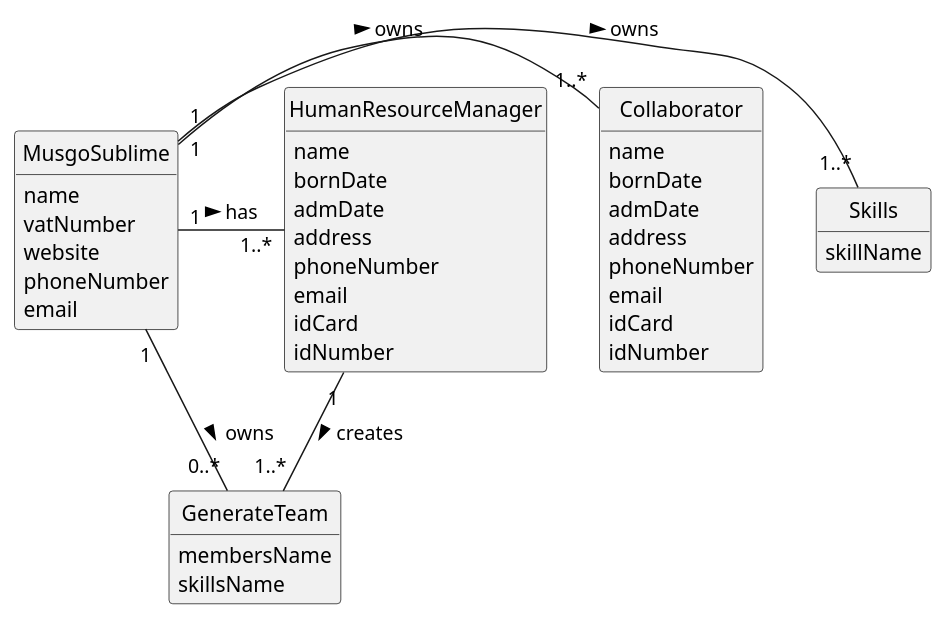
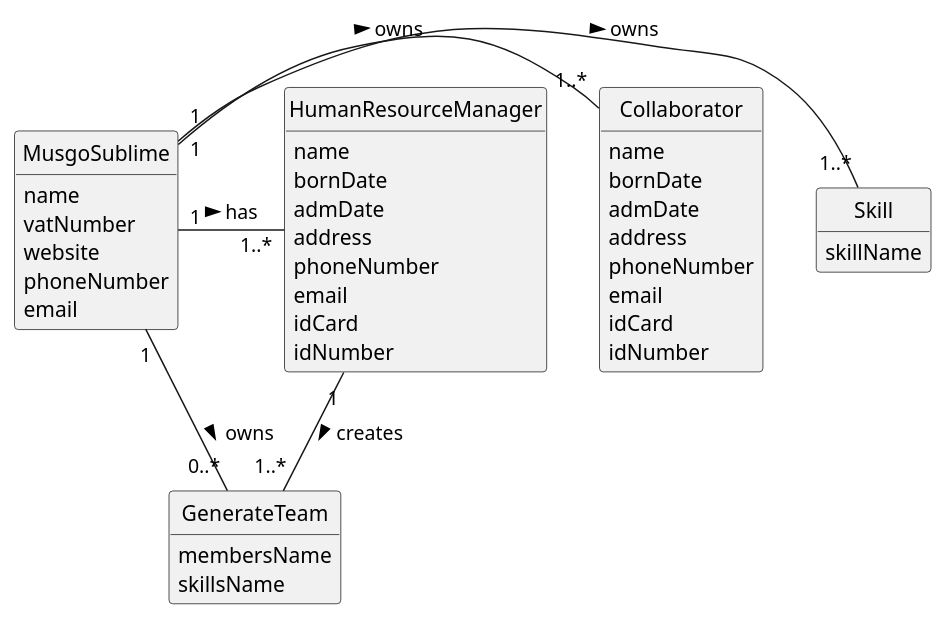
Before and after one commit to 1231360-ISEP/lei-24-s2-1db-g021: the diagram in docs/sprintA/us005/02.analysis/puml/us005-domain-model.puml, drawn with PlantUML. The commit also changed 3 other files, not shown here.

```diff
--- a/docs/sprintA/us005/02.analysis/puml/us005-domain-model.puml
+++ b/docs/sprintA/us005/02.analysis/puml/us005-domain-model.puml
@@ -1,55 +1,55 @@
 @startuml
 skinparam monochrome true
 skinparam packageStyle rectangle
 skinparam shadowing false
 
 skinparam classAttributeIconSize 0
 
 hide circle
 hide methods
 
 class MusgoSublime {
     name
     vatNumber
     website
     phoneNumber
     email
 }
 
 class HumanResourceManager {
     name
     bornDate
     admDate
     address
     phoneNumber
     email
     idCard
     idNumber
 }
 
-class Skills {
+class Skill {
     skillName
 }
 
 class Collaborator {
     name
     bornDate
     admDate
     address
     phoneNumber
     email
     idCard
     idNumber
 }
 
 class GenerateTeam {
     membersName
     skillsName
 }
 
-MusgoSublime "1" - "1..*" Skills: owns >
+MusgoSublime "1" - "1..*" Skill: owns >
 MusgoSublime "1" - "1..*" Collaborator: owns >
 MusgoSublime "1" - "1..*" HumanResourceManager : has >
 MusgoSublime "1" - "0..*" GenerateTeam: owns >
 HumanResourceManager "1" -- "1..*" GenerateTeam : creates >
 @enduml
```
